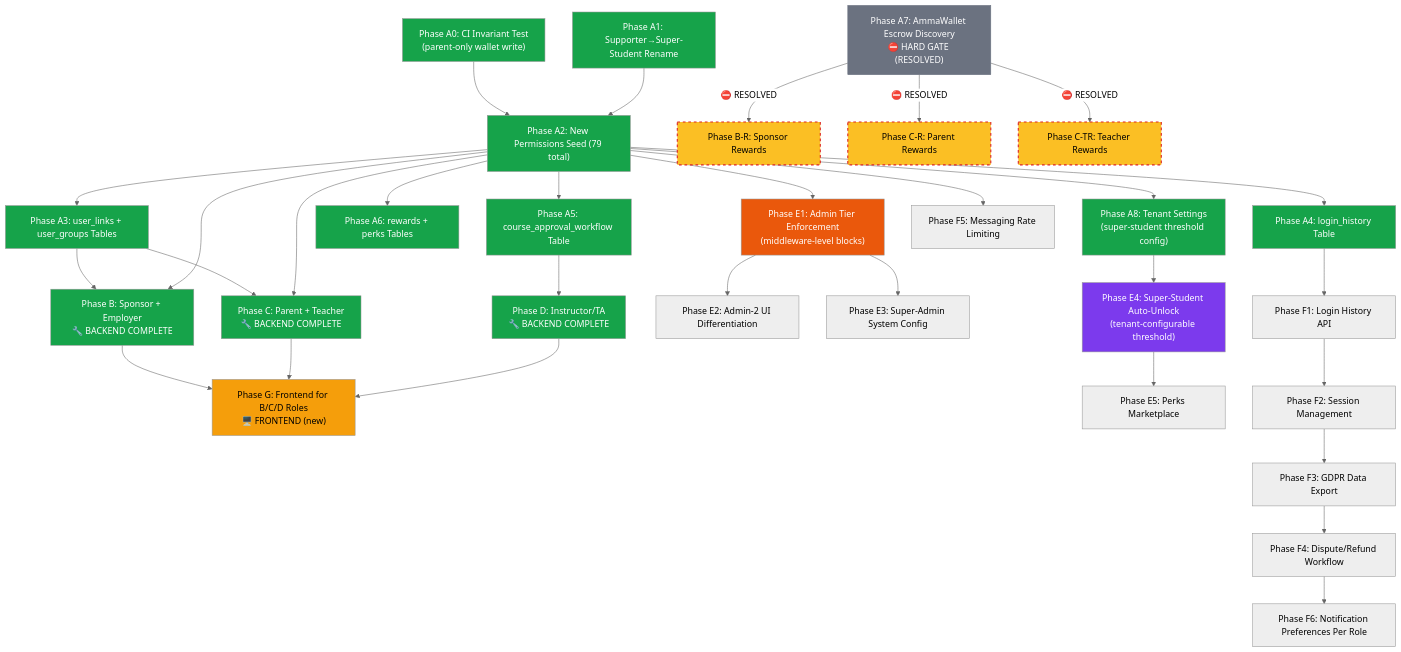
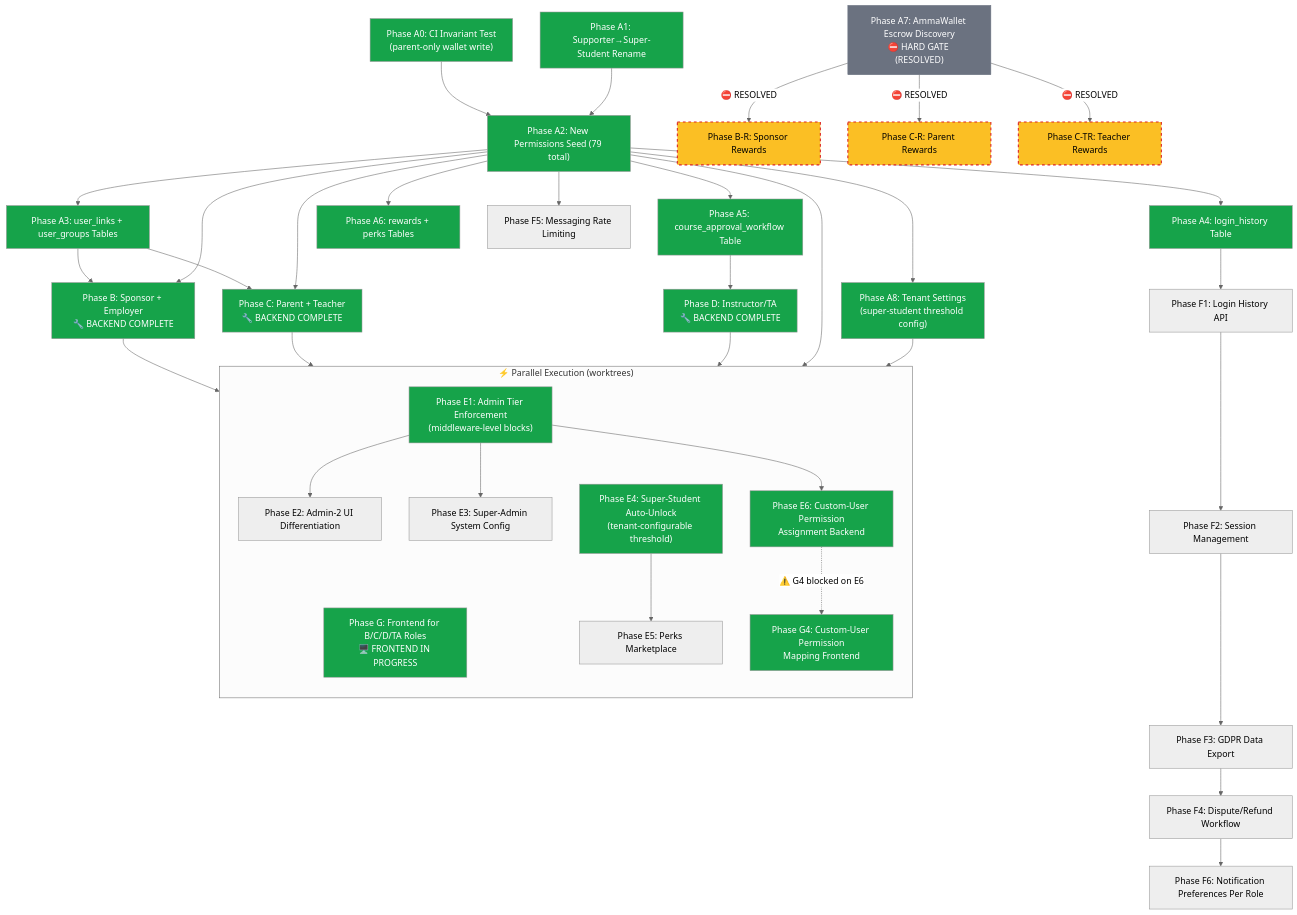
The diagram in docs/superpowers/diagrams/phase-dependency.md (SM-Web-Systems/lms-crypto-production), drawn with Mermaid (neutral theme) before and after one commit. The commit also changed other lines of this file and 29 other files, not shown here.

First line of the commit message:
Phase E + Phase G: admin tiers backend + role frontends (parallel worktrees)

```diff
--- a/docs/superpowers/diagrams/phase-dependency.md
+++ b/docs/superpowers/diagrams/phase-dependency.md
@@ -19,13 +19,18 @@
 
     D_BE["Phase D: Instructor/TA<br/>🔧 BACKEND COMPLETE"]
 
-    G_FE["Phase G: Frontend for B/C/D Roles<br/>🖥️ FRONTEND (new)"]
+    subgraph PARALLEL["⚡ Parallel Execution (worktrees)"]
+        direction TB
+        G_FE["Phase G: Frontend for B/C/D/TA Roles<br/>🖥️ FRONTEND IN PROGRESS"]
 
-    E1["Phase E1: Admin Tier Enforcement<br/>(middleware-level blocks)"]
-    E2["Phase E2: Admin-2 UI Differentiation"]
-    E3["Phase E3: Super-Admin System Config"]
-    E4["Phase E4: Super-Student Auto-Unlock<br/>(tenant-configurable threshold)"]
-    E5["Phase E5: Perks Marketplace"]
+        E1["Phase E1: Admin Tier Enforcement<br/>(middleware-level blocks)"]
+        E2["Phase E2: Admin-2 UI Differentiation"]
+        E3["Phase E3: Super-Admin System Config"]
+        E4["Phase E4: Super-Student Auto-Unlock<br/>(tenant-configurable threshold)"]
+        E5["Phase E5: Perks Marketplace"]
+        E6["Phase E6: Custom-User Permission<br/>Assignment Backend"]
+        G4["Phase G4: Custom-User Permission<br/>Mapping Frontend"]
+    end
 
     F1["Phase F1: Login History API"]
     F2["Phase F2: Session Management"]
@@ -72,6 +77,8 @@
     E1 --> E2
     E1 --> E3
     E4 --> E5
+    E1 --> E6
+    E6 -.->|"⚠️ G4 blocked on E6"| G4
 
     %% Phase F
     A4 --> F1
@@ -95,15 +102,15 @@
 
     %% COMPLETE
     style D_BE fill:#16a34a,color:#fff
-    %% NEW — Frontend
-    style G_FE fill:#f59e0b,color:#000
+    %% COMPLETE — Phase E + G (merged from parallel worktrees 2026-08-13)
+    style G_FE fill:#16a34a,color:#fff
+    style E6 fill:#16a34a,color:#fff
+    style G4 fill:#16a34a,color:#fff
+    style E1 fill:#16a34a,color:#fff
+    style E4 fill:#16a34a,color:#fff
 
     %% Resolved gate
     style A7 fill:#6b7280,color:#fff,stroke:#6b7280
-
-    %% Decision highlights
-    style E1 fill:#ea580c,color:#fff
-    style E4 fill:#7c3aed,color:#fff
 
     %% Rewards (blocked until implementation)
     style BR fill:#fbbf24,color:#000,stroke:#dc2626,stroke-width:2px,stroke-dasharray:5
```
